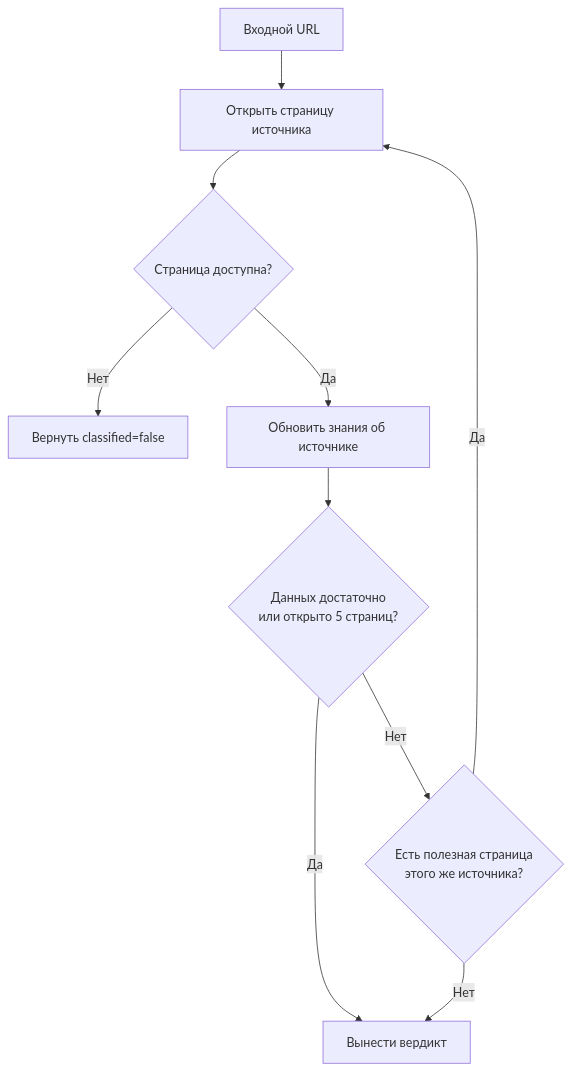
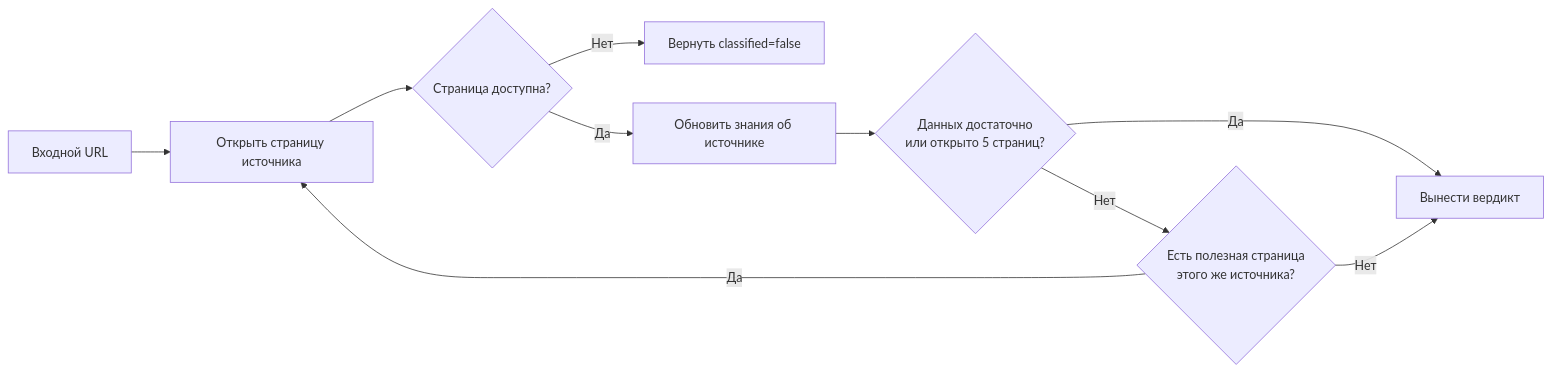
The diagram in README.md (notglebatall/source-classifier), drawn with Mermaid before and after one commit.

Commit message:
Схема агента

````diff
--- a/README.md
+++ b/README.md
@@ -24,12 +24,12 @@
 ```mermaid
-flowchart TD
+flowchart LR
     A[Входной URL] --> B[Открыть страницу источника]
     B --> C{Страница доступна?}
     C -- Нет --> G[Вернуть classified=false]
     C -- Да --> D[Обновить знания об источнике]
     D --> E{Данных достаточно<br/>или открыто 5 страниц?}
     E -- Да --> F[Вынести вердикт]
     E -- Нет --> H{Есть полезная страница<br/>этого же источника?}
     H -- Да --> B
     H -- Нет --> F
 ```
````
